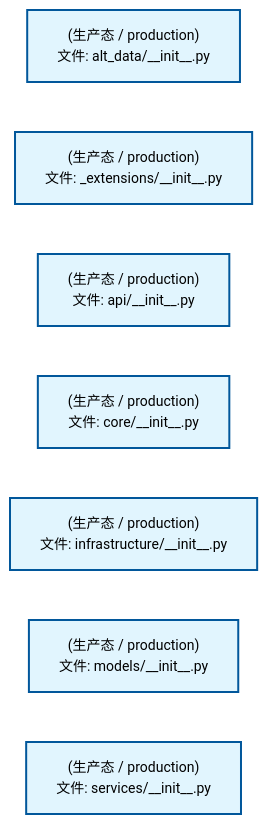
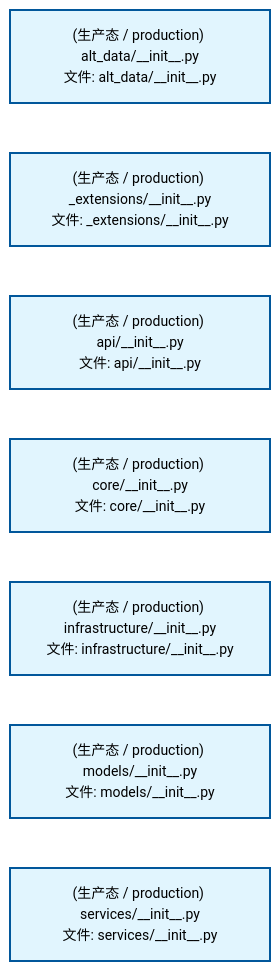
Before and after one commit to xuanFelixVan/ZephyrAlpha: the first of 2 diagrams in docs/02_enterprise_architecture/02_domain_architecture_docs/09_d_alt_data.md, drawn with Mermaid. The commit also changed other lines of this file and 77 other files, not shown here.

````diff
--- a/docs/02_enterprise_architecture/02_domain_architecture_docs/09_d_alt_data.md
+++ b/docs/02_enterprise_architecture/02_domain_architecture_docs/09_d_alt_data.md
@@ -53,22 +53,22 @@
 ```mermaid
 %%{init: {'theme': 'base', 'themeVariables': {'primaryColor': '#eaeaea', 'primaryTextColor': '#333333', 'primaryBorderColor': '#666666', 'lineColor': '#666666', 'secondaryColor': '#eaeaea', 'tertiaryColor': '#eaeaea', 'fontSize': '14px'}}}%%
 flowchart TD
-    src_zephyr_alt_data_init_py["(生产态 / production)<br/>文件: alt_data/__init__.py"]
-    src_zephyr_alt_data_extensions_init_py["(生产态 / production)<br/>文件: _extensions/__init__.py"]
-    src_zephyr_alt_data_api_init_py["(生产态 / production)<br/>文件: api/__init__.py"]
-    src_zephyr_alt_data_core_init_py["(生产态 / production)<br/>文件: core/__init__.py"]
-    src_zephyr_alt_data_infrastructure_init_py["(生产态 / production)<br/>文件: infrastructure/__init__.py"]
-    src_zephyr_alt_data_models_init_py["(生产态 / production)<br/>文件: models/__init__.py"]
-    src_zephyr_alt_data_services_init_py["(生产态 / production)<br/>文件: services/__init__.py"]
+    src_zephyr_alt_data_init_py["(生产态 / production) alt_data/__init__.py<br/>文件: alt_data/__init__.py"]
+    src_zephyr_alt_data_extensions_init_py["(生产态 / production) _extensions/__init__.py<br/>文件: _extensions/__init__.py"]
+    src_zephyr_alt_data_api_init_py["(生产态 / production) api/__init__.py<br/>文件: api/__init__.py"]
+    src_zephyr_alt_data_core_init_py["(生产态 / production) core/__init__.py<br/>文件: core/__init__.py"]
+    src_zephyr_alt_data_infrastructure_init_py["(生产态 / production) infrastructure/__init__.py<br/>文件: infrastructure/__init__.py"]
+    src_zephyr_alt_data_models_init_py["(生产态 / production) models/__init__.py<br/>文件: models/__init__.py"]
+    src_zephyr_alt_data_services_init_py["(生产态 / production) services/__init__.py<br/>文件: services/__init__.py"]
     src_zephyr_alt_data_init_py ~~~ src_zephyr_alt_data_extensions_init_py
     src_zephyr_alt_data_extensions_init_py ~~~ src_zephyr_alt_data_api_init_py
     src_zephyr_alt_data_api_init_py ~~~ src_zephyr_alt_data_core_init_py
     src_zephyr_alt_data_core_init_py ~~~ src_zephyr_alt_data_infrastructure_init_py
     src_zephyr_alt_data_infrastructure_init_py ~~~ src_zephyr_alt_data_models_init_py
     src_zephyr_alt_data_models_init_py ~~~ src_zephyr_alt_data_services_init_py
     classDef production fill:#e1f5fe,stroke:#01579b,stroke-width:2px,color:#000
     classDef design fill:#fff3e0,stroke:#e65100,stroke-width:2px,color:#000,stroke-dasharray: 5 5
     classDef external_prod fill:#e8f4fd,stroke:#0277bd,stroke-width:1px,color:#000
     classDef external_design fill:#fff8e7,stroke:#ef6c00,stroke-width:1px,color:#000,stroke-dasharray: 5 5
     class src_zephyr_alt_data_init_py,src_zephyr_alt_data_extensions_init_py,src_zephyr_alt_data_api_init_py,src_zephyr_alt_data_core_init_py,src_zephyr_alt_data_infrastructure_init_py,src_zephyr_alt_data_models_init_py,src_zephyr_alt_data_services_init_py production
 ```
````
